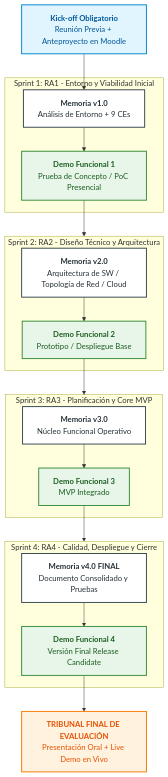
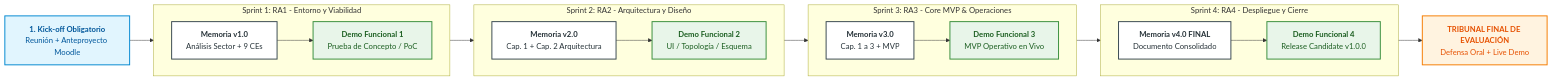
One commit to fencgut961/PI_26_27 changed the first of 13 diagrams in RA1.md. Above: the diagram before and after it, drawn with Mermaid. The commit also changed other lines of this file, not shown here.

````diff
--- a/RA1.md
+++ b/RA1.md
@@ -54,37 +44,38 @@
 ```mermaid
-flowchart TD
+flowchart LR
+    %% Estilos de Nodos
     classDef kickoff fill:#e1f5fe,stroke:#0288d1,stroke-width:2px,color:#01579b;
     classDef sprint fill:#ffffff,stroke:#37474f,stroke-width:2px,color:#263238;
     classDef demo fill:#e8f5e9,stroke:#388e3c,stroke-width:2px,color:#1b5e20;
     classDef final fill:#fff3e0,stroke:#f57c00,stroke-width:2px,color:#e65100;
 
-    K[<b>Kick-off Obligatorio</b><br/>Reunión Previa + Anteproyecto en Moodle]:::kickoff --> S1
+    K[<b>1. Kick-off Obligatorio</b><br/>Reunión + Anteproyecto Moodle]:::kickoff --> S1
 
-    subgraph S1_BOX [Sprint 1: RA1 - Entorno y Viabilidad Inicial]
-        S1[<b>Memoria v1.0</b><br/>Análisis de Entorno + 9 CEs]:::sprint
-        S1 --> D1[<b>Demo Funcional 1</b><br/>Prueba de Concepto / PoC Presencial]:::demo
+    subgraph S1_BOX [Sprint 1: RA1 - Entorno y Viabilidad]
+        direction LR
+        S1[<b>Memoria v1.0</b><br/>Análisis Sector + 9 CEs]:::sprint --> D1[<b>Demo Funcional 1</b><br/>Prueba de Concepto / PoC]:::demo
     end
 
     D1 --> S2_BOX
 
-    subgraph S2_BOX [Sprint 2: RA2 - Diseño Técnico y Arquitectura]
-        S2[<b>Memoria v2.0</b><br/>Arquitectura de SW / Topología de Red / Cloud]:::sprint
-        S2 --> D2[<b>Demo Funcional 2</b><br/>Prototipo / Despliegue Base]:::demo
+    subgraph S2_BOX [Sprint 2: RA2 - Arquitectura y Diseño]
+        direction LR
+        S2[<b>Memoria v2.0</b><br/>Cap. 1 + Cap. 2 Arquitectura]:::sprint --> D2[<b>Demo Funcional 2</b><br/>UI / Topología / Esquema]:::demo
     end
 
     D2 --> S3_BOX
 
-    subgraph S3_BOX [Sprint 3: RA3 - Planificación y Core MVP]
-        S3[<b>Memoria v3.0</b><br/>Núcleo Funcional Operativo]:::sprint
-        S3 --> D3[<b>Demo Funcional 3</b><br/>MVP Integrado]:::demo
+    subgraph S3_BOX [Sprint 3: RA3 - Core MVP & Operaciones]
+        direction LR
+        S3[<b>Memoria v3.0</b><br/>Cap. 1 a 3 + MVP]:::sprint --> D3[<b>Demo Funcional 3</b><br/>MVP Operativo en Vivo]:::demo
     end
 
     D3 --> S4_BOX
 
-    subgraph S4_BOX [Sprint 4: RA4 - Calidad, Despliegue y Cierre]
-        S4[<b>Memoria v4.0 FINAL</b><br/>Documento Consolidado y Pruebas]:::sprint
-        S4 --> D4[<b>Demo Funcional 4</b><br/>Versión Final Release Candidate]:::demo
+    subgraph S4_BOX [Sprint 4: RA4 - Despliegue y Cierre]
+        direction LR
+        S4[<b>Memoria v4.0 FINAL</b><br/>Documento Consolidado]:::sprint --> D4[<b>Demo Funcional 4</b><br/>Release Candidate v1.0.0]:::demo
     end
 
-    D4 --> TRIBUNAL[<b>TRIBUNAL FINAL DE EVALUACIÓN</b><br/>Presentación Oral + Live Demo en Vivo]:::final
+    D4 --> TRIBUNAL[<b>TRIBUNAL FINAL DE EVALUACIÓN</b><br/>Defensa Oral + Live Demo]:::final
 ```
````
